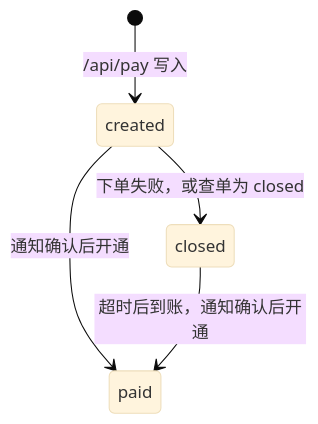
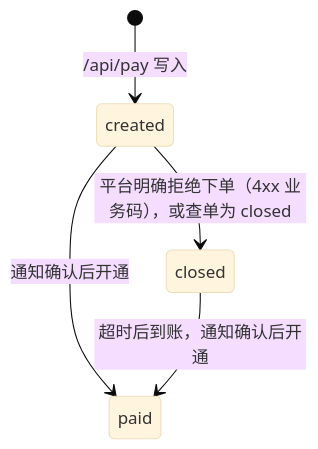
One commit to shunamami1990-art/kj-shop-site changed the second of 2 diagrams in docs/design.md. Above: the diagram before and after it, drawn with Mermaid (base theme). The commit also changed other lines of this file and 20 other files, not shown here.

````diff
--- a/docs/design.md
+++ b/docs/design.md
@@ -89,7 +90,7 @@
 ```mermaid
 stateDiagram-v2
     [*] --> created: /api/pay 写入
     created --> paid: 通知确认后开通
-    created --> closed: 下单失败，或查单为 closed
+    created --> closed: 平台明确拒绝下单（4xx 业务码），或查单为 closed
     closed --> paid: 超时后到账，通知确认后开通
 ```
````
